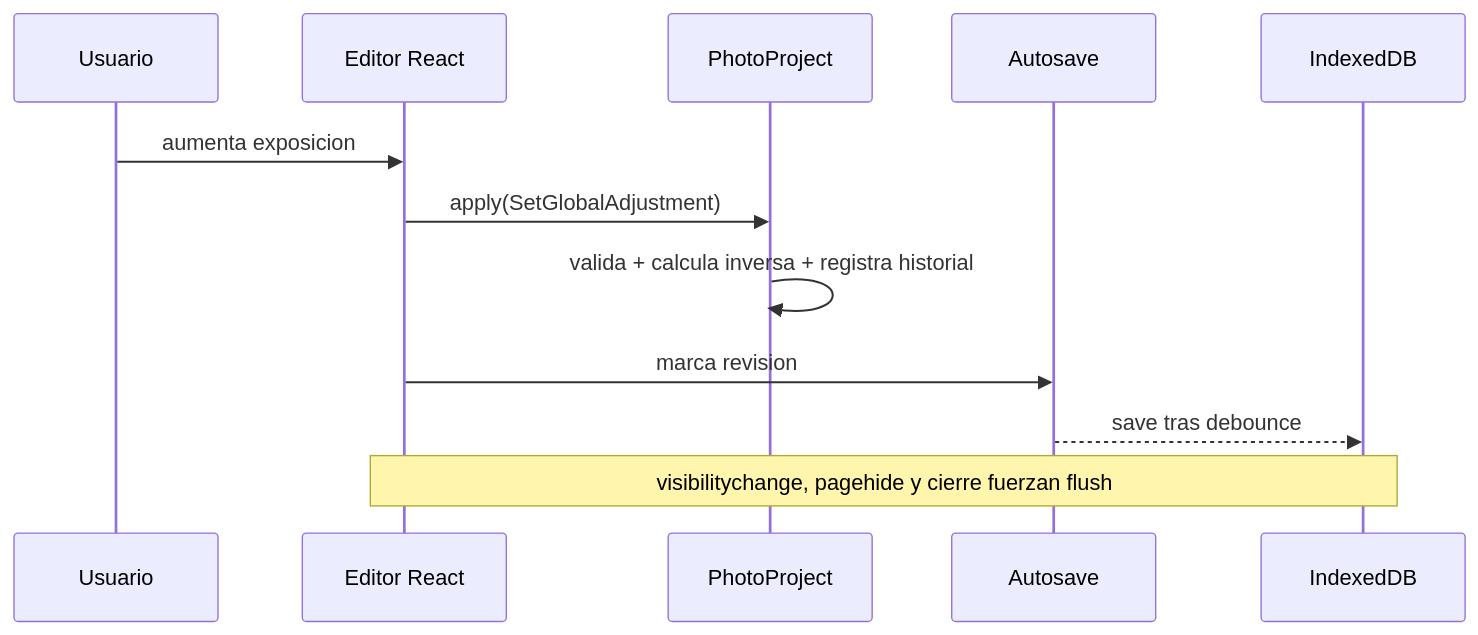
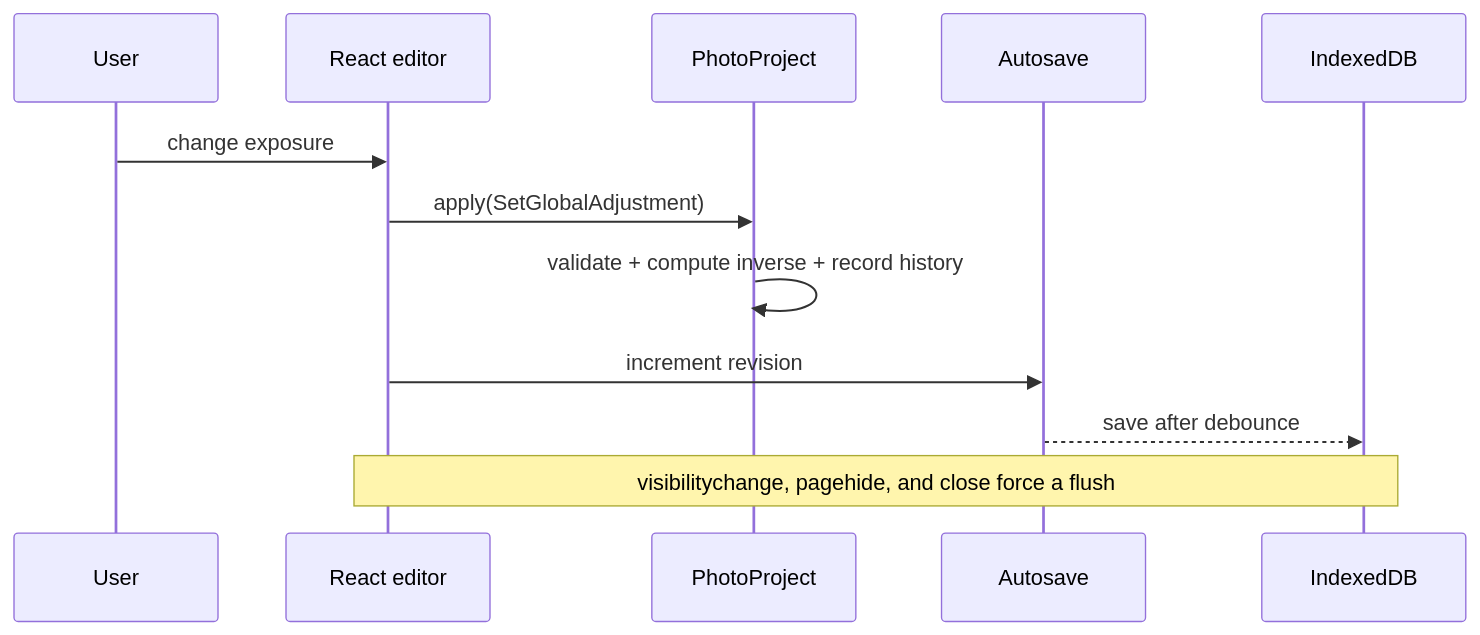
Before and after one commit to haskou/RAWcket: the second of 2 diagrams in docs/architecture.md, drawn with Mermaid. The commit also changed other lines of this file and 7 other files, not shown here.

````diff
--- a/docs/architecture.md
+++ b/docs/architecture.md
@@ -41,14 +42,14 @@
 ```mermaid
 sequenceDiagram
-  participant User as Usuario
-  participant UI as Editor React
+  participant User
+  participant UI as React editor
   participant Project as PhotoProject
   participant Save as Autosave
   participant DB as IndexedDB
-  User->>UI: aumenta exposicion
+  User->>UI: change exposure
   UI->>Project: apply(SetGlobalAdjustment)
-  Project->>Project: valida + calcula inversa + registra historial
-  UI->>Save: marca revision
-  Save-->>DB: save tras debounce
-  Note over UI,DB: visibilitychange, pagehide y cierre fuerzan flush
+  Project->>Project: validate + compute inverse + record history
+  UI->>Save: increment revision
+  Save-->>DB: save after debounce
+  Note over UI,DB: visibilitychange, pagehide, and close force a flush
 ```
````
